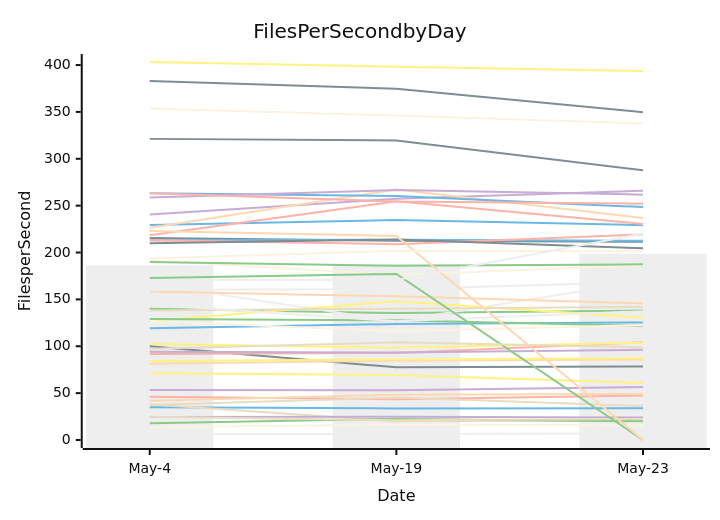
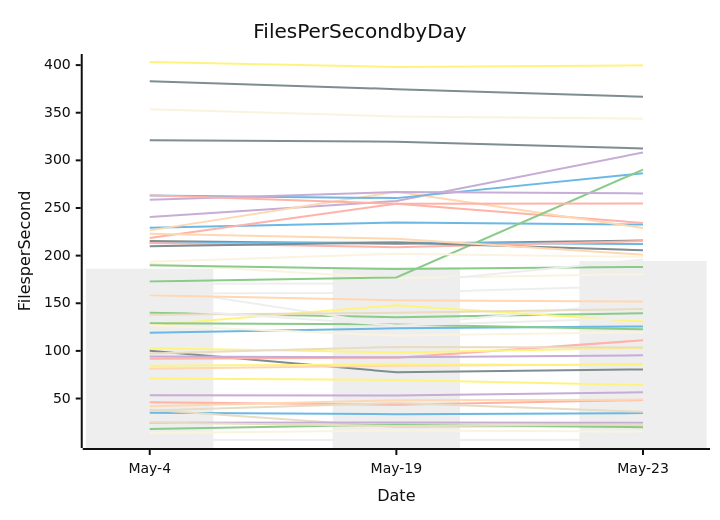
Before and after one commit to streetsidesoftware/cspell: the diagram in perf-report.md, drawn with Mermaid (neutral theme). The commit also changed other lines of this file and 2 other files, not shown here.

````diff
--- a/perf-report.md
+++ b/perf-report.md
@@ -11,57 +11,57 @@
 ```mermaid
 xychart-beta
     title Files Per Second by Day
     y-axis Files per Second
     x-axis Date [May-4, May-19, May-23]
-    bar [186.25, 187.94, 198.75]
-    line [35.07, 33.61, 33.75]
-    line [140.01, 135.42, 138.02]
-    line [53.38, 53.17, 56.58]
-    line [38.18, 20.00, 21.13]
-    line [46.04, 43.44, 47.40]
-    line [71.11, 69.47, 60.87]
-    line [100.08, 77.54, 78.35]
-    line [81.26, 84.52, 85.94]
-    line [191.37, 176.15, 186.65]
-    line [166.55, 126.61, 169.58]
-    line [119.17, 123.77, 125.38]
-    line [17.95, 22.53, 19.96]
-    line [24.56, 24.84, 23.90]
-    line [24.93, 21.05, 22.49]
-    line [91.75, 92.82, 104.26]
-    line [102.79, 98.35, 103.84]
-    line [382.99, 374.77, 349.66]
-    line [158.32, 153.28, 145.68]
-    line [13.72, 16.48, 15.69]
-    line [6.46, 6.48, 6.95]
-    line [229.32, 234.71, 229.18]
-    line [189.78, 185.86, 187.45]
-    line [240.52, 257.39, 265.97]
-    line [37.38, 45.35, 36.16]
-    line [218.55, 254.57, 230.53]
-    line [127.00, 147.92, 130.56]
-    line [215.39, 212.55, 211.37]
-    line [226.51, 267.13, 236.87]
-    line [353.58, 346.15, 337.55]
-    line [160.29, 160.94, 168.53]
-    line [213.17, 213.72, 212.53]
-    line [129.13, 127.71, 121.65]
-    line [94.12, 93.35, 96.24]
-    line [138.03, 140.07, 141.93]
-    line [213.15, 208.87, 219.33]
-    line [84.38, 85.95, 87.42]
-    line [321.24, 319.57, 287.77]
-    line [41.81, 48.29, 49.17]
-    line [126.81, 116.06, 122.50]
-    line [144.52, 126.78, 137.36]
-    line [263.11, 260.36, 248.44]
-    line [172.93, 177.15, 0.00]
-    line [258.73, 266.74, 261.73]
-    line [97.37, 104.19, 98.76]
-    line [263.28, 254.35, 252.09]
-    line [403.25, 398.12, 393.59]
-    line [209.84, 213.89, 204.52]
-    line [222.86, 217.73, 0.00]
-    line [193.68, 201.86, 201.64]
-    line [170.59, 170.67, 220.21]
+    bar [186.25, 187.94, 194.38]
+    line [35.07, 33.61, 34.69]
+    line [140.01, 135.42, 139.50]
+    line [53.38, 53.17, 56.48]
+    line [38.18, 20.00, 21.53]
+    line [46.04, 43.44, 48.37]
+    line [71.11, 69.47, 64.25]
+    line [100.08, 77.54, 80.59]
+    line [81.26, 84.52, 85.73]
+    line [191.37, 176.15, 180.59]
+    line [166.55, 126.61, 150.87]
+    line [119.17, 123.77, 125.73]
+    line [17.95, 22.53, 19.87]
+    line [24.56, 24.84, 24.48]
+    line [24.93, 21.05, 22.73]
+    line [91.75, 92.82, 111.10]
+    line [102.79, 98.35, 102.96]
+    line [382.99, 374.77, 366.83]
+    line [158.32, 153.28, 151.73]
+    line [13.72, 16.48, 15.39]
+    line [6.46, 6.48, 6.70]
+    line [229.32, 234.71, 232.57]
+    line [189.78, 185.86, 188.16]
+    line [240.52, 257.39, 308.24]
+    line [37.38, 45.35, 36.07]
+    line [218.55, 254.57, 234.26]
+    line [127.00, 147.92, 130.77]
+    line [215.39, 212.55, 215.84]
+    line [226.51, 267.13, 229.05]
+    line [353.58, 346.15, 343.69]
+    line [160.29, 160.94, 168.26]
+    line [213.17, 213.72, 212.23]
+    line [129.13, 127.71, 122.71]
+    line [94.12, 93.35, 95.34]
+    line [138.03, 140.07, 144.01]
+    line [213.15, 208.87, 215.23]
+    line [84.38, 85.95, 85.08]
+    line [321.24, 319.57, 312.48]
+    line [41.81, 48.29, 48.86]
+    line [126.81, 116.06, 119.43]
+    line [144.52, 126.78, 134.48]
+    line [263.11, 260.36, 286.42]
+    line [172.93, 177.15, 290.28]
+    line [258.73, 266.74, 265.26]
+    line [97.37, 104.19, 103.43]
+    line [263.28, 254.35, 254.61]
+    line [403.25, 398.12, 399.78]
+    line [209.84, 213.89, 205.67]
+    line [222.86, 217.73, 200.96]
+    line [193.68, 201.86, 198.76]
+    line [170.59, 170.67, 195.94]
 ```
````
